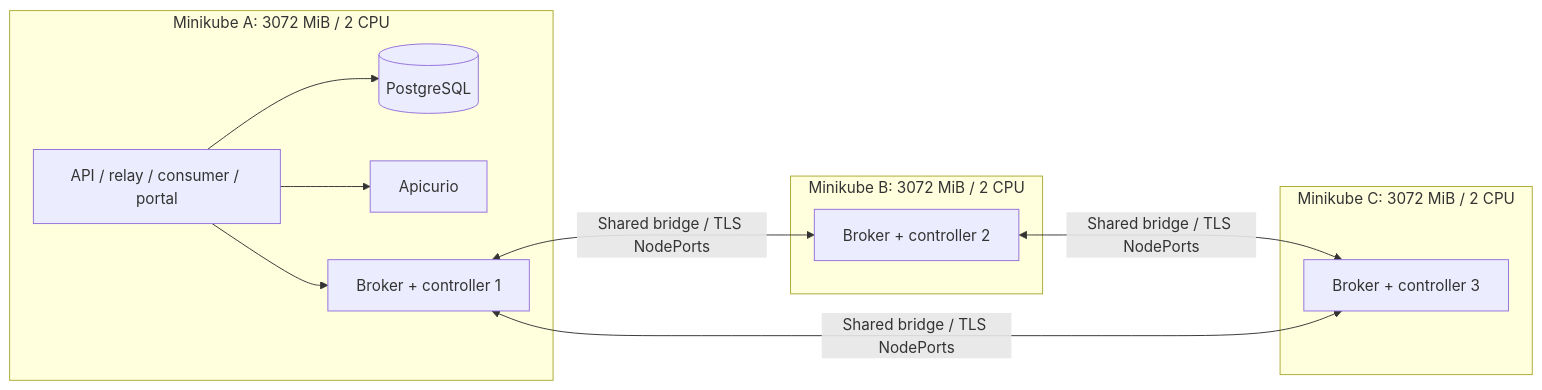
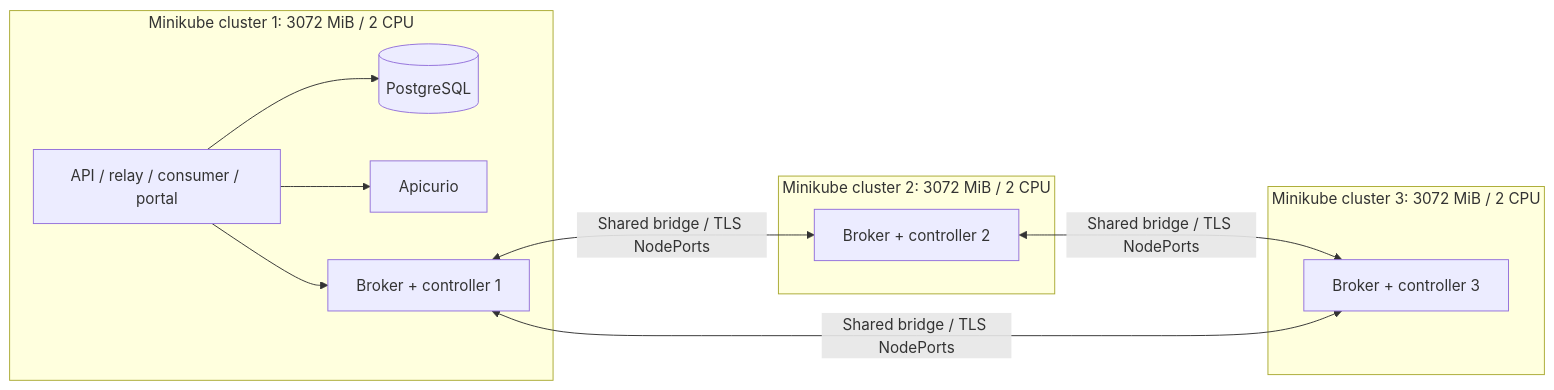
One commit to varunpathania86/realtime-payment-platform changed the diagram in docs/adr/ADR-016-local-cross-cluster-kafka.md. Above: the diagram before and after it, drawn with Mermaid. The commit also changed other lines of this file and 198 other files, not shown here.

````diff
--- a/docs/adr/ADR-016-local-cross-cluster-kafka.md
+++ b/docs/adr/ADR-016-local-cross-cluster-kafka.md
@@ -27,21 +27,21 @@
 ```mermaid
 flowchart LR
-  subgraph A[Minikube A: 3072 MiB / 2 CPU]
+  subgraph Cluster1[Minikube cluster 1: 3072 MiB / 2 CPU]
     Apps[API / relay / consumer / portal]
     DB[(PostgreSQL)]
     Registry[Apicurio]
     K1[Broker + controller 1]
     Apps --> DB
     Apps --> Registry
     Apps --> K1
   end
-  subgraph B[Minikube B: 3072 MiB / 2 CPU]
+  subgraph Cluster2[Minikube cluster 2: 3072 MiB / 2 CPU]
     K2[Broker + controller 2]
   end
-  subgraph C[Minikube C: 3072 MiB / 2 CPU]
+  subgraph Cluster3[Minikube cluster 3: 3072 MiB / 2 CPU]
     K3[Broker + controller 3]
   end
   K1 <-->|Shared bridge / TLS NodePorts| K2
   K2 <-->|Shared bridge / TLS NodePorts| K3
   K3 <-->|Shared bridge / TLS NodePorts| K1
 ```
````
